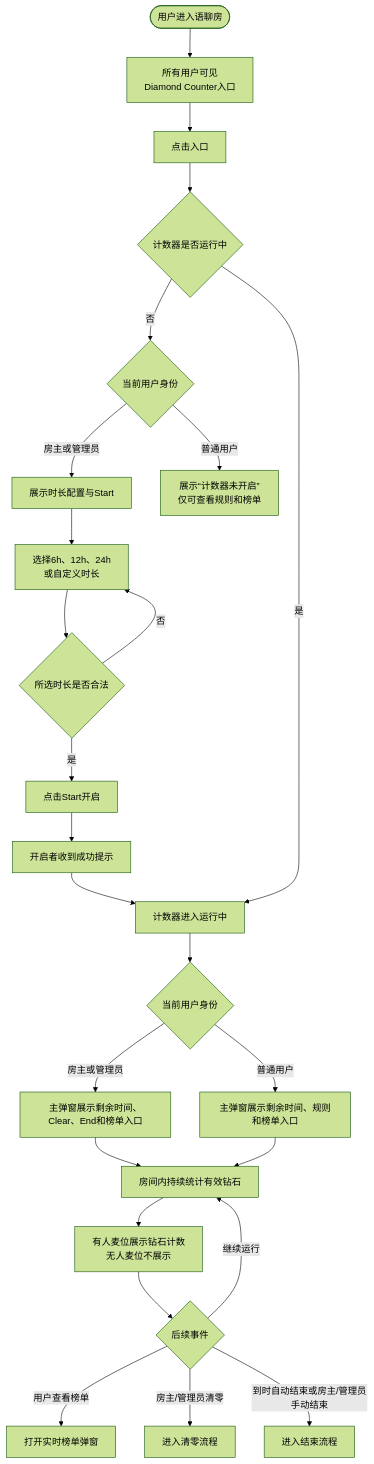
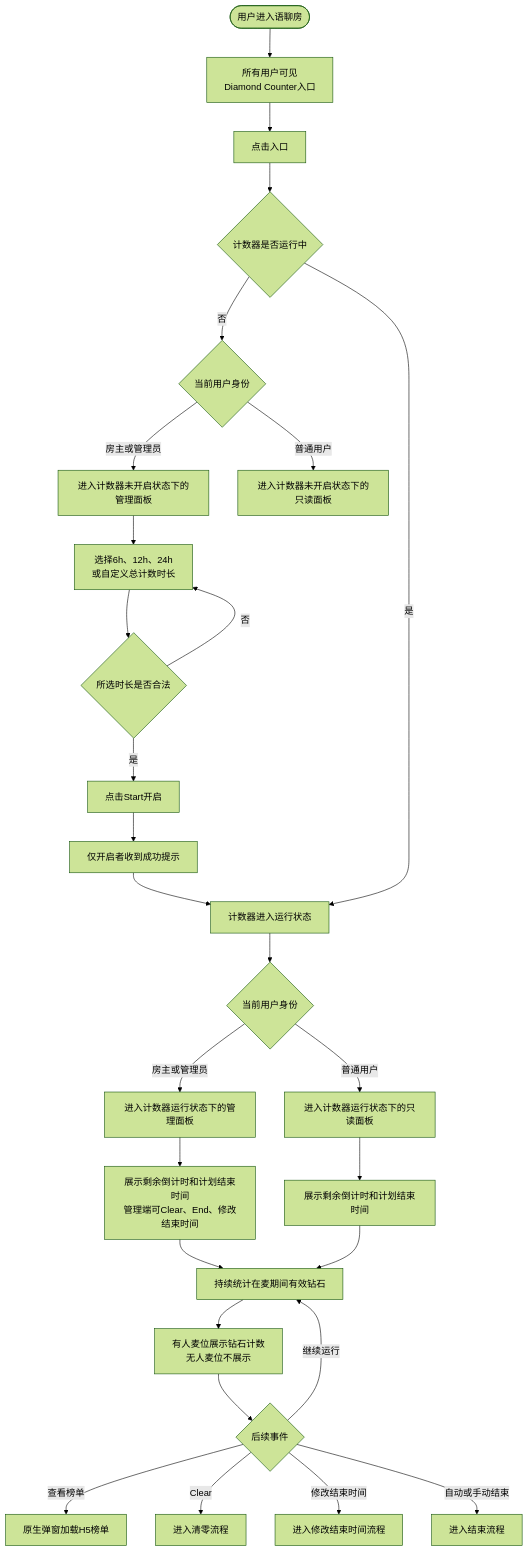
The first of 8 diagrams in 钻石计数器/钻石计数器_业务流程图.md (Chawucikela/TOP-KHALIJ), drawn with Mermaid (forest theme) before and after one commit. The commit also changed other lines of this file and 16 other files, not shown here.

````diff
--- a/钻石计数器/钻石计数器_业务流程图.md
+++ b/钻石计数器/钻石计数器_业务流程图.md
@@ -10,32 +10,35 @@
 ```mermaid
 flowchart TD
     A([用户进入语聊房]) --> B[所有用户可见<br/>Diamond Counter入口]
     B --> C[点击入口]
     C --> D{计数器是否运行中}
 
     D -- 否 --> E{当前用户身份}
-    E -- 房主或管理员 --> F[展示时长配置与Start]
-    E -- 普通用户 --> G[展示“计数器未开启”<br/>仅可查看规则和榜单]
+    E -- 房主或管理员 --> F[进入计数器未开启状态下的管理面板]
+    E -- 普通用户 --> G[进入计数器未开启状态下的只读面板]
 
-    F --> H[选择6h、12h、24h<br/>或自定义时长]
+    F --> H[选择6h、12h、24h<br/>或自定义总计数时长]
     H --> I{所选时长是否合法}
     I -- 否 --> H
     I -- 是 --> J[点击Start开启]
-    J --> K[开启者收到成功提示]
-    K --> L[计数器进入运行中]
+    J --> K[仅开启者收到成功提示]
+    K --> L[计数器进入运行状态]
 
     D -- 是 --> L
     L --> M{当前用户身份}
-    M -- 房主或管理员 --> N[主弹窗展示剩余时间、Clear、End和榜单入口]
-    M -- 普通用户 --> O[主弹窗展示剩余时间、规则和榜单入口]
+    M -- 房主或管理员 --> N[进入计数器运行状态下的管理面板]
+    M -- 普通用户 --> O[进入计数器运行状态下的只读面板]
 
-    N --> P[房间内持续统计有效钻石]
-    O --> P
-    P --> Q[有人麦位展示钻石计数<br/>无人麦位不展示]
-    Q --> R{后续事件}
+    N --> P[展示剩余倒计时和计划结束时间<br/>管理端可Clear、End、修改结束时间]
+    O --> Q[展示剩余倒计时和计划结束时间]
+    P --> R[持续统计在麦期间有效钻石]
+    Q --> R
+    R --> S[有人麦位展示钻石计数<br/>无人麦位不展示]
 
-    R -- 用户查看榜单 --> S[打开实时榜单弹窗]
-    R -- 房主/管理员清零 --> T[进入清零流程]
-    R -- 到时自动结束或房主/管理员手动结束 --> U[进入结束流程]
-    R -- 继续运行 --> P
+    S --> T{后续事件}
+    T -- 查看榜单 --> U[原生弹窗加载H5榜单]
+    T -- Clear --> V[进入清零流程]
+    T -- 修改结束时间 --> W[进入修改结束时间流程]
+    T -- 自动或手动结束 --> X[进入结束流程]
+    T -- 继续运行 --> R
 ```
````
